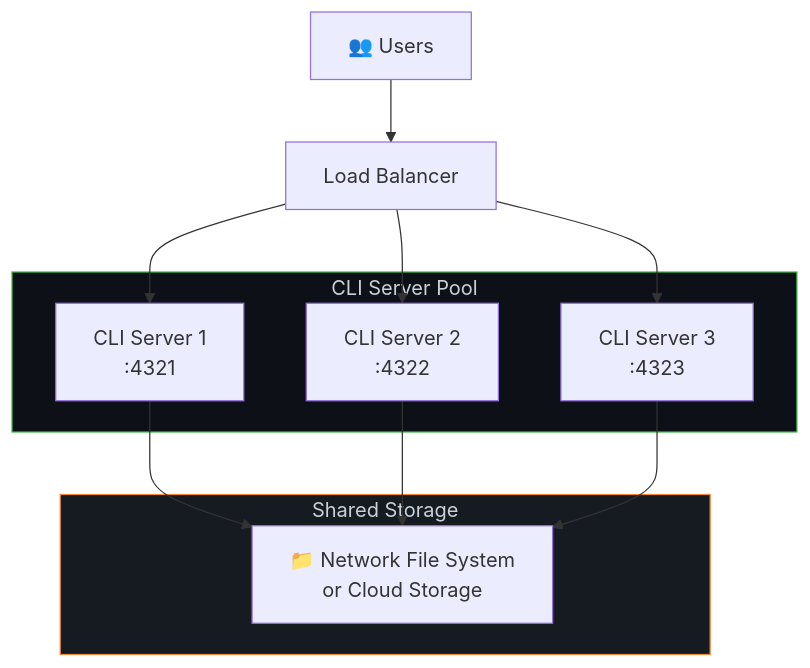
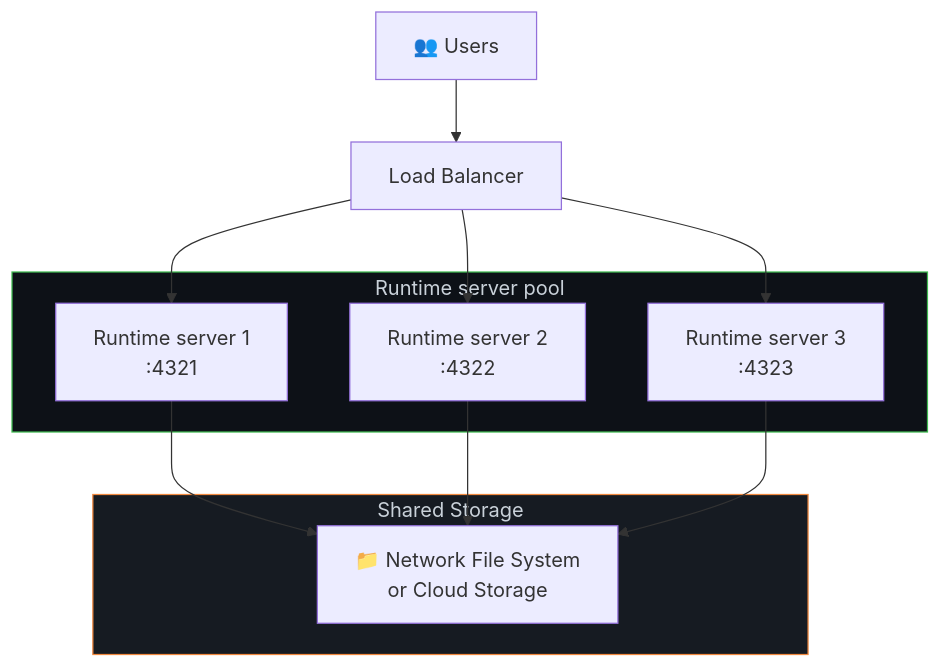
One commit to jeremiahjordanisaacson/copilot-sdk-supercharged changed the fifth of 10 diagrams in docs/setup/scaling.md. Above: the diagram before and after it, drawn with Mermaid. The commit also changed other lines of this file and 35 other files, not shown here.

````diff
--- a/docs/setup/scaling.md
+++ b/docs/setup/scaling.md
@@ -348,25 +348,25 @@
 ```mermaid
 flowchart TB
     Users["👥 Users"] --> LB["Load Balancer"]
 
-    subgraph Pool["CLI Server Pool"]
-        CLI1["CLI Server 1<br/>:4321"]
-        CLI2["CLI Server 2<br/>:4322"]
-        CLI3["CLI Server 3<br/>:4323"]
+    subgraph Pool["Runtime server pool"]
+        RT1["Runtime server 1<br/>:4321"]
+        RT2["Runtime server 2<br/>:4322"]
+        RT3["Runtime server 3<br/>:4323"]
     end
 
     subgraph Storage["Shared Storage"]
         NFS["📁 Network File System<br/>or Cloud Storage"]
     end
 
-    LB --> CLI1
-    LB --> CLI2
-    LB --> CLI3
+    LB --> RT1
+    LB --> RT2
+    LB --> RT3
 
-    CLI1 --> NFS
-    CLI2 --> NFS
-    CLI3 --> NFS
+    RT1 --> NFS
+    RT2 --> NFS
+    RT3 --> NFS
 
     style Pool fill:#0d1117,stroke:#3fb950,color:#c9d1d9
     style Storage fill:#161b22,stroke:#f0883e,color:#c9d1d9
 ```
````
